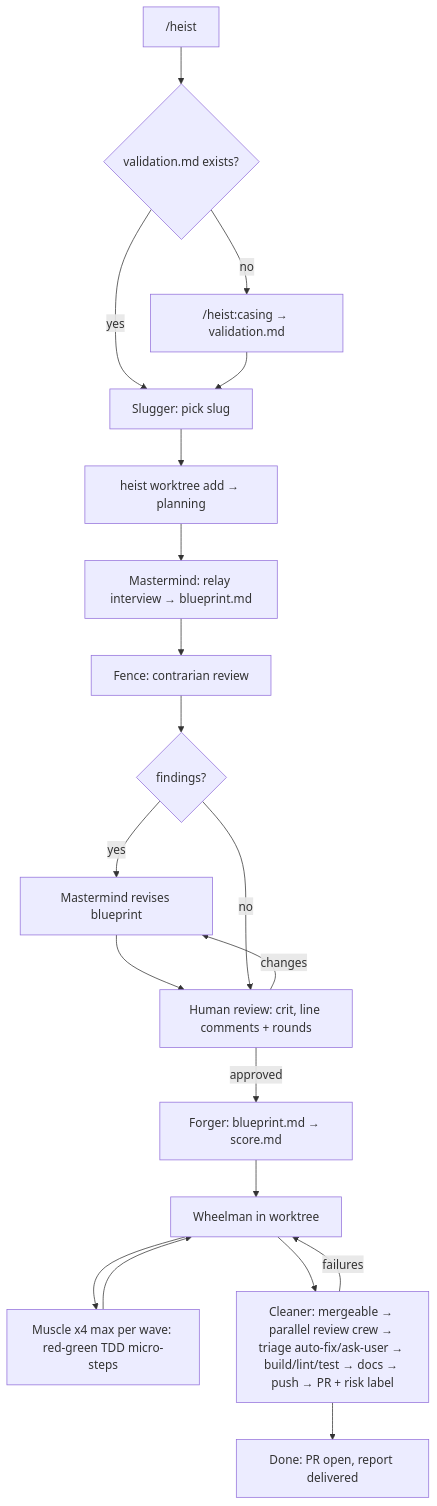
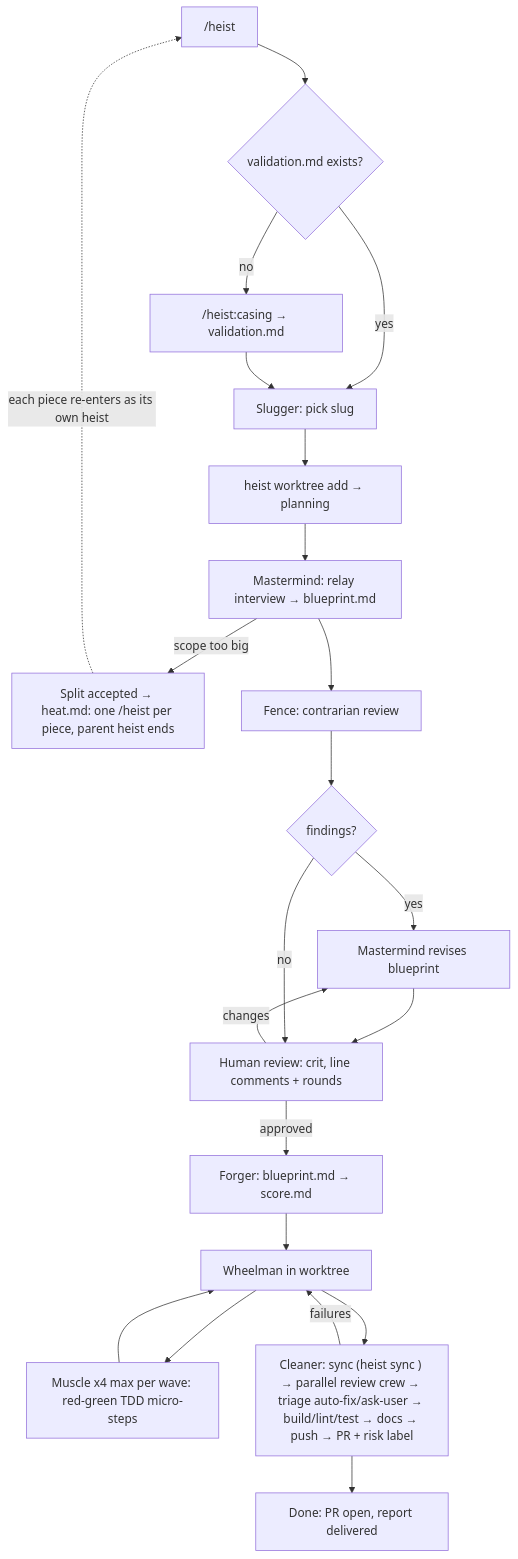
The diagram in README.md (GMadorell/heist), drawn with Mermaid before and after one commit. The commit also changed other lines of this file and 27 other files, not shown here.

First line of the commit message:
add plan splitting: SPLIT_PROPOSED, heat.md, heist base/sync, stacked worktrees (#14)

````diff
--- a/README.md
+++ b/README.md
@@ -24,21 +24,23 @@
 ```mermaid
 flowchart TD
     A["/heist <slug>"] --> B{validation.md exists?}
     B -- no --> C["/heist:casing → validation.md"]
     B -- yes --> S[Slugger: pick slug]
     C --> S
     S --> I["heist worktree add → planning"]
     I --> D[Mastermind: relay interview → blueprint.md]
+    D -- scope too big --> SP["Split accepted → heat.md: one /heist per piece, parent heist ends"]
+    SP -. each piece re-enters as its own heist .-> A
     D --> E[Fence: contrarian review]
     E --> F{findings?}
     F -- yes --> D2[Mastermind revises blueprint] --> G
     F -- no --> G[Human review: crit, line comments + rounds]
     G -- changes --> D2
     G -- approved --> H[Forger: blueprint.md → score.md]
     H --> J[Wheelman in worktree]
     J --> K[Muscle x4 max per wave: red-green TDD micro-steps]
     K --> J
-    J --> L[Cleaner: mergeable → parallel review crew → triage auto-fix/ask-user → build/lint/test → docs → push → PR + risk label]
+    J --> L["Cleaner: sync (heist sync <slug>) → parallel review crew → triage auto-fix/ask-user → build/lint/test → docs → push → PR + risk label"]
     L -- failures --> J
     L --> M[Done: PR open, report delivered]
 ```
````
